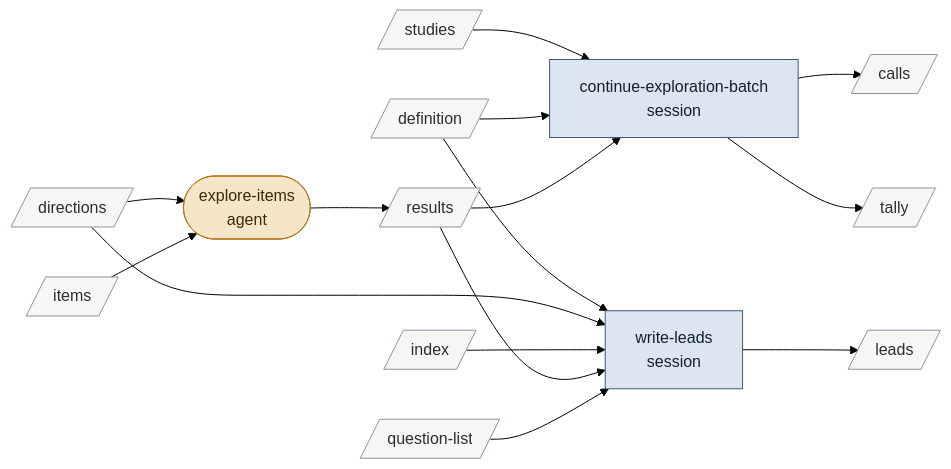
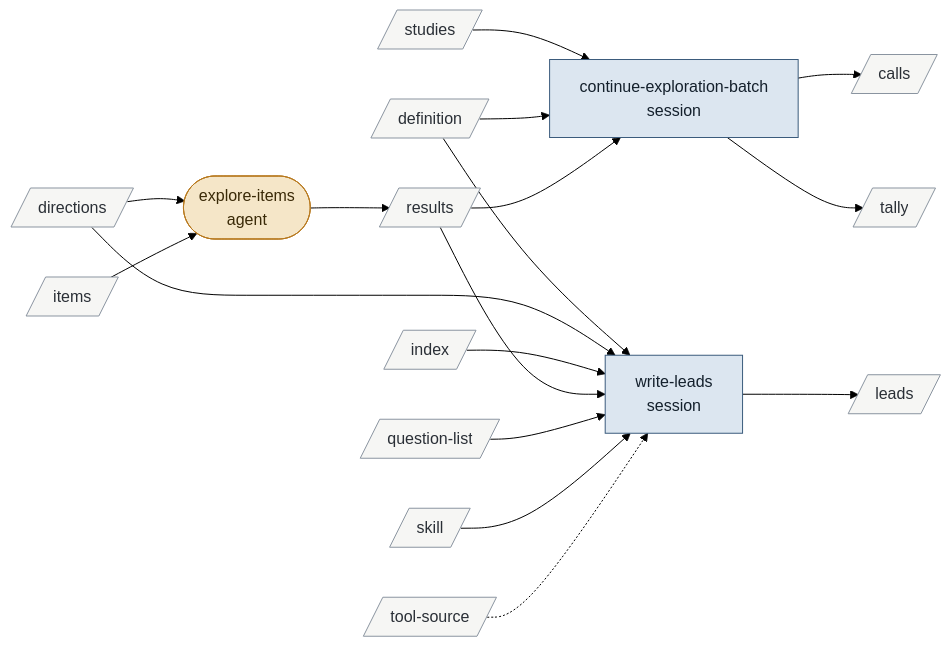
Diagram 12 of 17 in .claude/skills/v3-buildout-2/map.md (bc414/StoryPlanner), drawn with Mermaid (forest theme) before and after one commit. The commit also changed other lines of this file and 228 other files, not shown here.

````diff
--- a/.claude/skills/v3-buildout-2/map.md
+++ b/.claude/skills/v3-buildout-2/map.md
@@ -570,37 +570,41 @@
 ```mermaid
 flowchart LR
   classDef hitl fill:#e9d8e4,stroke:#7a3e6d,color:#2b1a27
   classDef session fill:#dce6f0,stroke:#3b5b7c,color:#14202c
   classDef agent fill:#f5e6c8,stroke:#b7791f,color:#3a2a08
   classDef artifact fill:#f6f6f4,stroke:#8a94a0,color:#2a2f36
   classDef activity fill:#dcebdd,stroke:#4b7f52,color:#122816
   classDef terminus fill:#e4e4ea,stroke:#5b5b7a,color:#1c1c2c
   continueexplorationbatch["continue-exploration-batch<br/>session"]:::session
   exploreitems(["explore-items<br/>agent"]):::agent
   writeleads["write-leads<br/>session"]:::session
   calls[/"calls"/]:::artifact
   definition[/"definition"/]:::artifact
   directions[/"directions"/]:::artifact
   index[/"index"/]:::artifact
   items[/"items"/]:::artifact
   leads[/"leads"/]:::artifact
   questionlist[/"question-list"/]:::artifact
   results[/"results"/]:::artifact
+  skill[/"skill"/]:::artifact
   studies[/"studies"/]:::artifact
   tally[/"tally"/]:::artifact
+  toolsource[/"tool-source"/]:::artifact
 
   studies --> continueexplorationbatch
   definition --> continueexplorationbatch
   results --> continueexplorationbatch
   continueexplorationbatch --> calls
   continueexplorationbatch --> tally
   directions --> exploreitems
   items --> exploreitems
   exploreitems --> results
   definition --> writeleads
   directions --> writeleads
   index --> writeleads
   results --> writeleads
   questionlist --> writeleads
+  skill --> writeleads
+  toolsource -.-> writeleads
   writeleads --> leads
 ```
````
